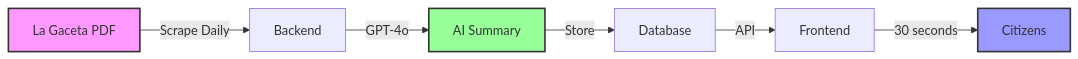
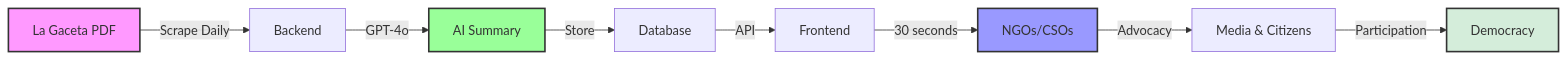
The first of 4 diagrams in README.md (GSejas/gacetachat), drawn with Mermaid before and after one commit. The commit also changed other lines of this file and 3 other files, not shown here.

````diff
--- a/README.md
+++ b/README.md
@@ -31,12 +33,15 @@
 ```mermaid
 graph LR
     A[La Gaceta PDF] -->|Scrape Daily| B[Backend]
     B -->|GPT-4o| C[AI Summary]
     C -->|Store| D[Database]
     D -->|API| E[Frontend]
-    E -->|30 seconds| F[Citizens]
+    E -->|30 seconds| F[NGOs/CSOs]
+    F -->|Advocacy| G[Media & Citizens]
+    G -->|Participation| H[Democracy]
 
     style A fill:#f9f,stroke:#333,stroke-width:2px
     style C fill:#9f9,stroke:#333,stroke-width:2px
     style F fill:#99f,stroke:#333,stroke-width:2px
+    style H fill:#d4edda,stroke:#333,stroke-width:2px
 ```
````
